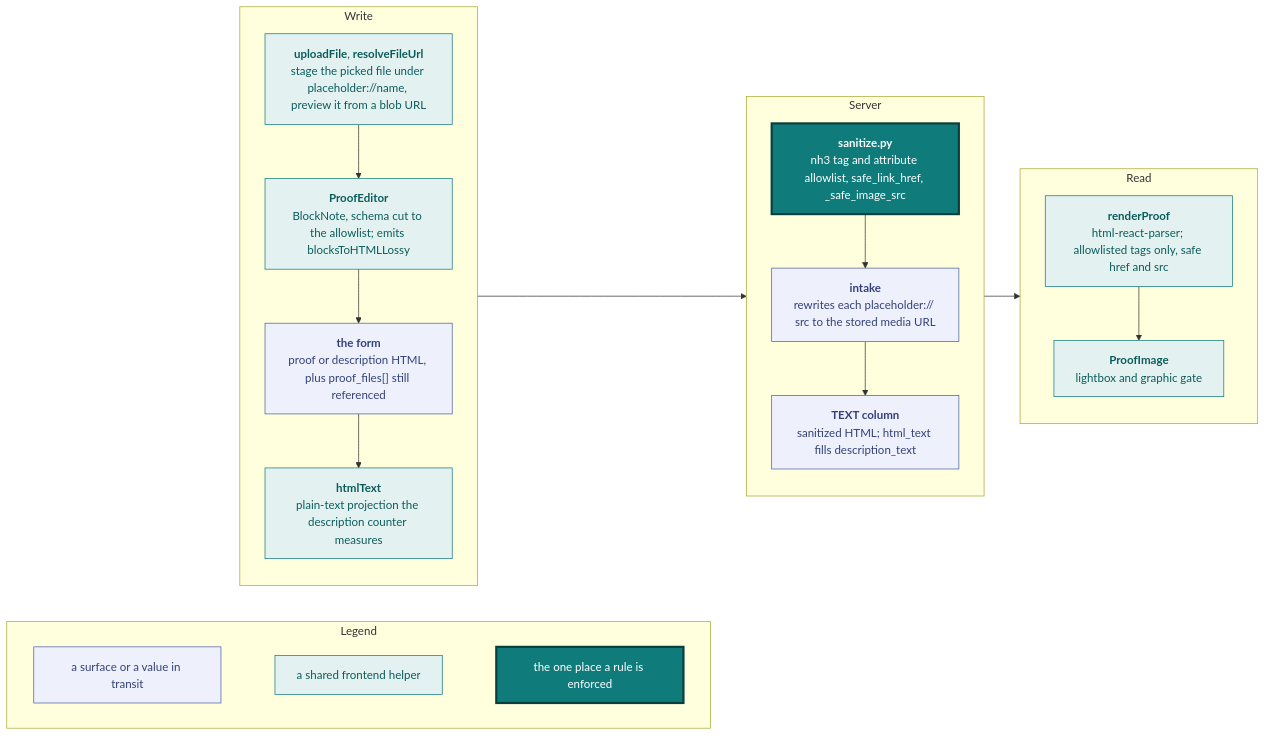
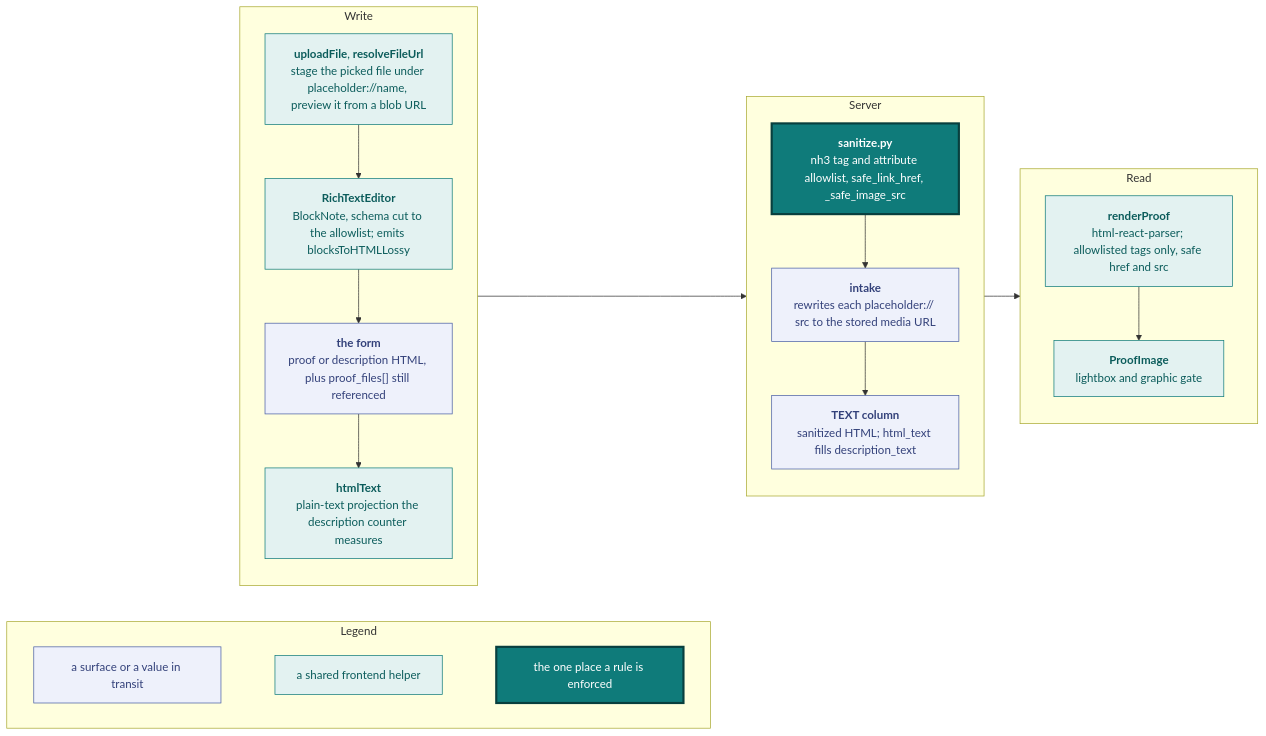
Diagram 22 of 23 in docs/design.md (vidithq/vidit), drawn with Mermaid before and after one commit. The commit also changed other lines of this file and 18 other files, not shown here.

First line of the commit message:
fix(frontend): keep the link popover submit inside the rich-text editor (#864)

````diff
--- a/docs/design.md
+++ b/docs/design.md
@@ -2385,52 +2385,52 @@
 ```mermaid
 flowchart LR
   classDef spec fill:#eef1fb,stroke:#4a5fa5,color:#33417a
   classDef shared fill:#e3f2f1,stroke:#0f7b7a,color:#0b5c5b
   classDef core fill:#0f7b7a,stroke:#083f3e,stroke-width:3px,color:#ffffff
 
   subgraph legend [Legend]
     direction LR
     l1["`a surface or a value in transit`"]:::spec
     l2["`a shared frontend helper`"]:::shared
     l3["`the one place a rule is enforced`"]:::core
     l1 ~~~ l2 ~~~ l3
   end
 
   subgraph write [Write]
     direction TB
-    editor["`**ProofEditor**
+    editor["`**RichTextEditor**
     BlockNote, schema cut to the allowlist; emits blocksToHTMLLossy`"]:::shared
     staged["`**uploadFile**, **resolveFileUrl**
     stage the picked file under placeholder://name, preview it from a blob URL`"]:::shared
     form["`**the form**
     proof or description HTML, plus proof_files[] still referenced`"]:::spec
     text["`**htmlText**
     plain-text projection the description counter measures`"]:::shared
     editor --> form
     form --> text
       staged --> editor
   end
 
   subgraph server [Server]
     direction TB
     intake["`**intake**
     rewrites each placeholder:// src to the stored media URL`"]:::spec
     sanitize["`**sanitize.py**
     nh3 tag and attribute allowlist, safe_link_href, _safe_image_src`"]:::core
     stored["`**TEXT column**
     sanitized HTML; html_text fills description_text`"]:::spec
     sanitize --> intake --> stored
   end
 
   subgraph read [Read]
     direction TB
     render["`**renderProof**
     html-react-parser; allowlisted tags only, safe href and src`"]:::shared
     image["`**ProofImage**
     lightbox and graphic gate`"]:::shared
     render --> image
   end
 
   form --> sanitize
   stored --> render
 ```
````
